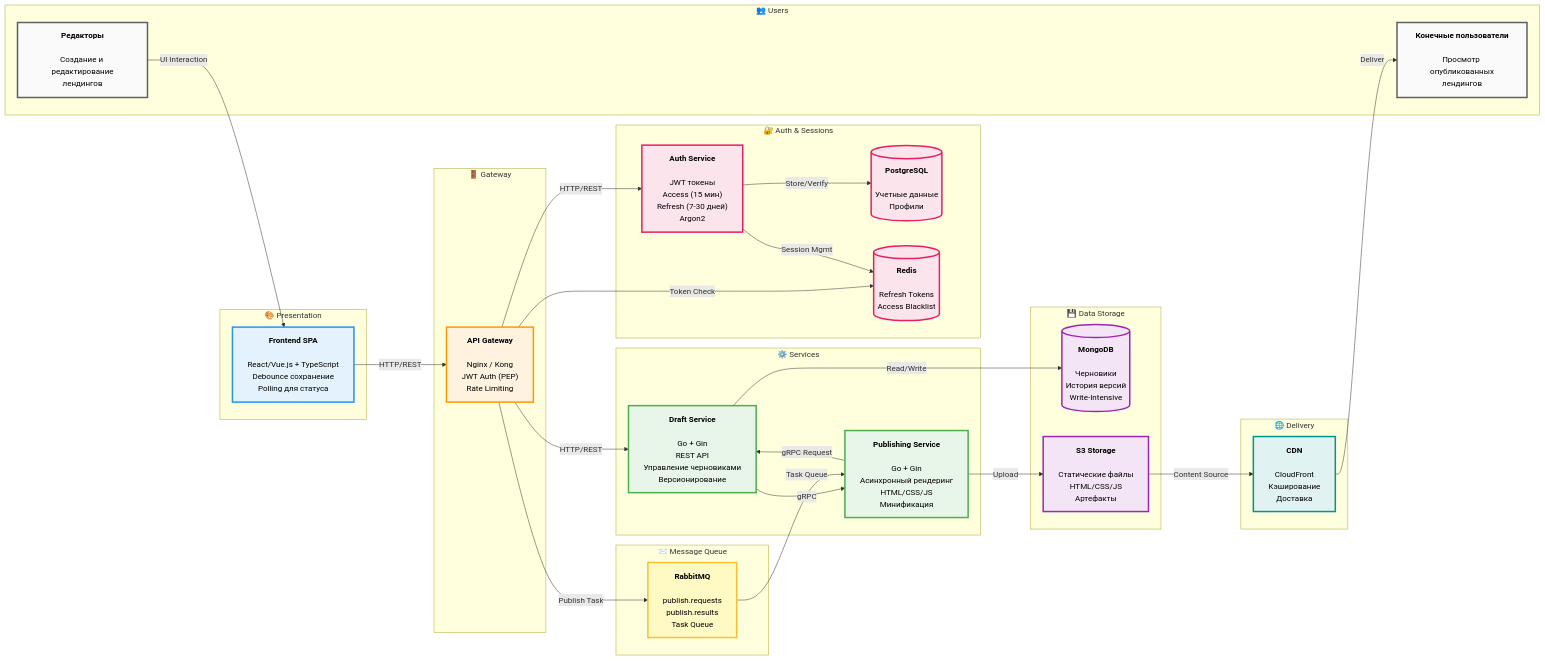
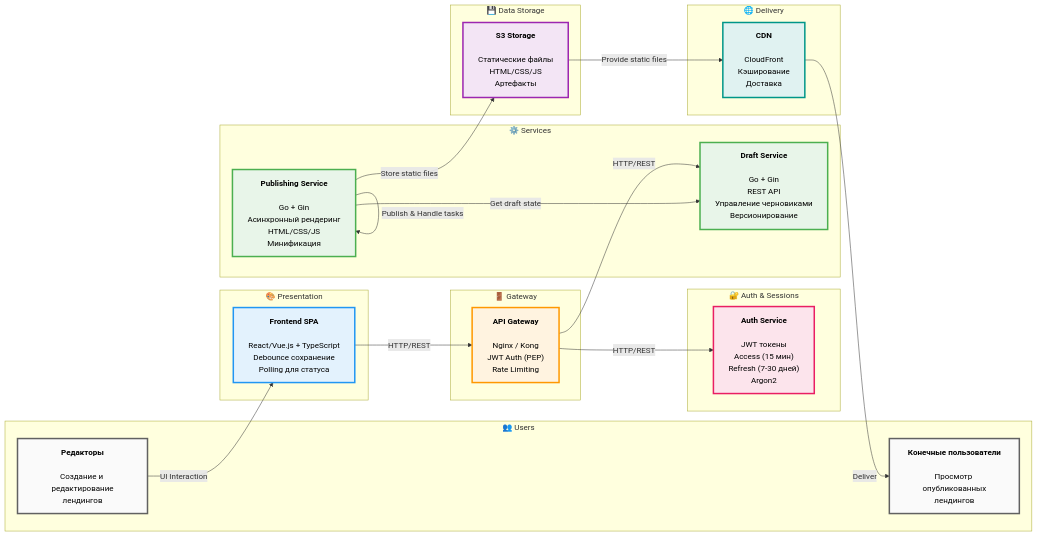
Before and after one commit to rki-mai/docs: the first of 4 diagrams in ADRs/Уточнения и детализация архитектуры.md, drawn with Mermaid. The commit also changed other lines of this file and 3 other files, not shown here.

````diff
--- a/ADRs/Уточнения и детализация архитектуры.md
+++ b/ADRs/Уточнения и детализация архитектуры.md
@@ -63,8 +114,6 @@
     
     subgraph auth_storage["🔐 Auth & Sessions"]
         AuthService["<b>Auth Service</b><br/><br/>JWT токены<br/>Access (15 мин)<br/>Refresh (7-30 дней)<br/>Argon2"]
-        PostgreSQL[("<b>PostgreSQL</b><br/><br/>Учетные данные<br/>Профили")]
-        Redis[("<b>Redis</b><br/><br/>Refresh Tokens<br/>Access Blacklist")]
     end
     
     subgraph services["⚙️ Services"]
@@ -73,12 +122,7 @@
         PublishService["<b>Publishing Service</b><br/><br/>Go + Gin<br/>Асинхронный рендеринг<br/>HTML/CSS/JS<br/>Минификация"]
     end
     
-    subgraph messaging["📨 Message Queue"]
-        RabbitMQ["<b>RabbitMQ</b><br/><br/>publish.requests<br/>publish.results<br/>Task Queue"]
-    end
-    
     subgraph data_storage["💾 Data Storage"]
-        MongoDB[("<b>MongoDB</b><br/><br/>Черновики<br/>История версий<br/>Write-Intensive")]
         S3["<b>S3 Storage</b><br/><br/>Статические файлы<br/>HTML/CSS/JS<br/>Артефакты"]
     end
     
@@ -91,20 +135,12 @@
     
     Gateway -->|HTTP/REST| DraftService
     Gateway -->|HTTP/REST| AuthService
-    Gateway -->|Token Check| Redis
-    Gateway -->|Publish Task| RabbitMQ
     
-    AuthService -->|Store/Verify| PostgreSQL
-    AuthService -->|Session Mgmt| Redis
+    PublishService -->|Publish & Handle tasks| PublishService
+    PublishService -->|Get draft state| DraftService
+    PublishService -->|Store static files| S3
     
-    DraftService -->|Read/Write| MongoDB
-    DraftService -->|gRPC| PublishService
-    
-    RabbitMQ -->|Task Queue| PublishService
-    PublishService -->|gRPC Request| DraftService
-    PublishService -->|Upload| S3
-    
-    S3 -->|Content Source| CDN
+    S3 -->|Provide static files| CDN
     CDN -->|Deliver| EndUsers
 
     classDef presentationStyle fill:#E3F2FD,stroke:#2196F3,stroke-width:3px,color:#000
@@ -116,9 +152,6 @@
     classDef deliveryStyle fill:#E0F2F1,stroke:#009688,stroke-width:3px,color:#000
     classDef usersStyle fill:#FAFAFA,stroke:#616161,stroke-width:3px,color:#000
     
-    classDef httpLink stroke:#2196F3,stroke-width:3px
-    classDef grpcLink stroke:#FF9800,stroke-width:3px,stroke-dasharray: 5 5
-    
     class Frontend presentationStyle
     class Gateway gatewayStyle
     class AuthService authStyle
@@ -128,7 +161,4 @@
     class Redis,PostgreSQL authStyle
     class CDN deliveryStyle
     class Editors,EndUsers usersStyle
-    
-    linkStyle 0,1,2,3,4,5,6,7,8,9,12,13,14 httpLink
-    linkStyle 10,11 grpcLink
 ```
````
